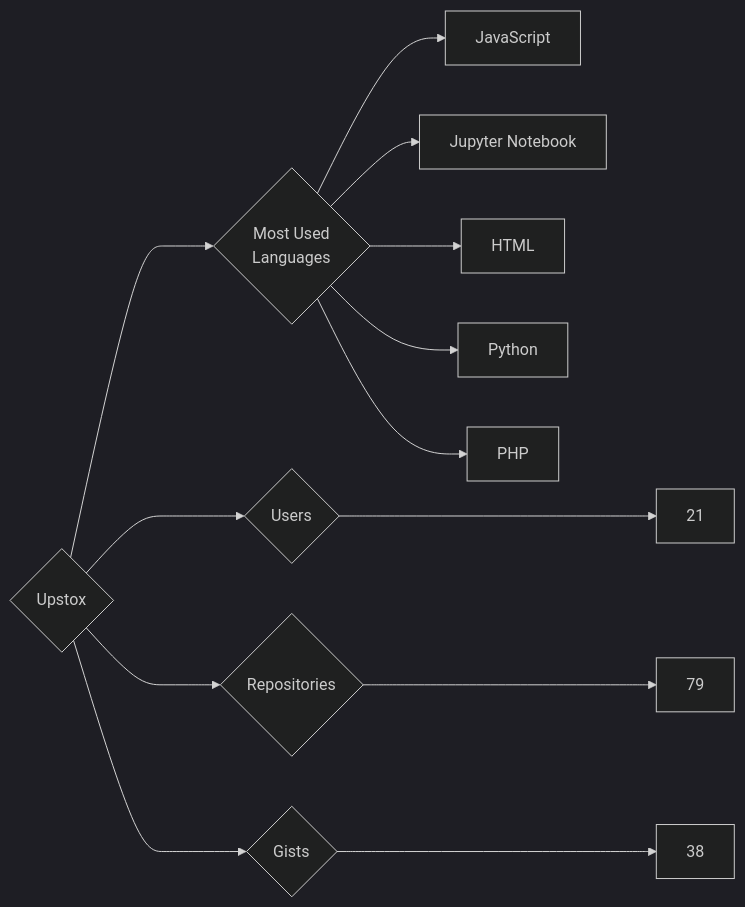
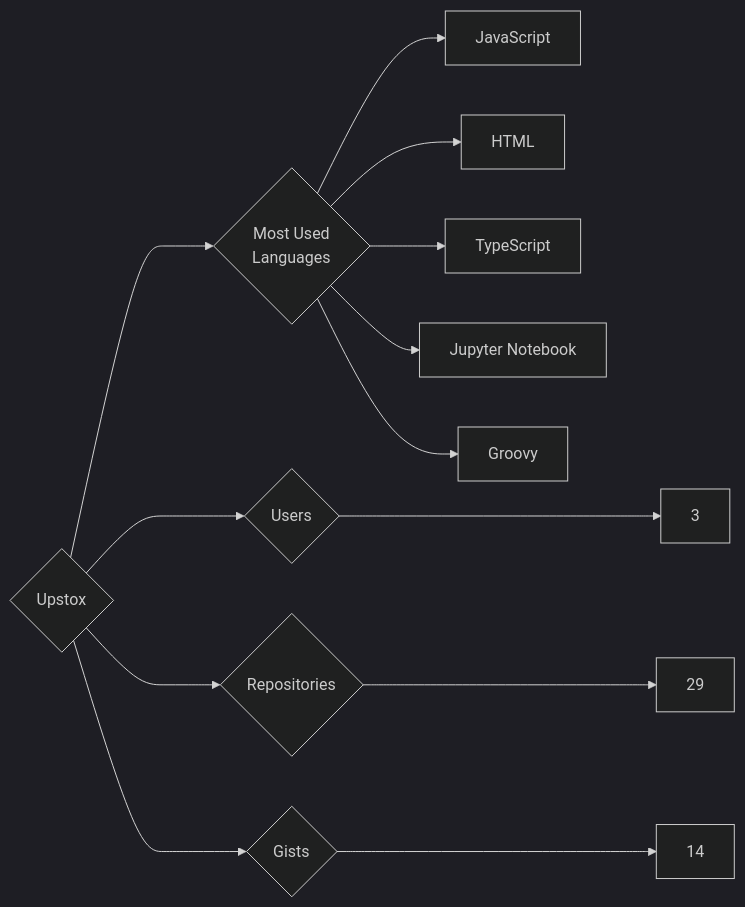
The diagram in targets/Upstox/README.md (trickest/insiders), drawn with Mermaid (dark theme) before and after one commit. The commit also changed 895 other files, not shown here.

````diff
--- a/targets/Upstox/README.md
+++ b/targets/Upstox/README.md
@@ -3,13 +3,13 @@
 ```mermaid
 graph LR
 COMPANY_NAME{Upstox}
-COMPANY_NAME ---> U{Users} ---> UN[21]
-COMPANY_NAME ---> R{Repositories} ---> RN[79]
-COMPANY_NAME ---> G{Gists} ---> GN[38]
+COMPANY_NAME ---> U{Users} ---> UN[3]
+COMPANY_NAME ---> R{Repositories} ---> RN[29]
+COMPANY_NAME ---> G{Gists} ---> GN[14]
 COMPANY_NAME ---> ML{Most Used<br>Languages}
 ML --> JavaScript[JavaScript]
+ML --> HTML[HTML]
+ML --> TypeScript[TypeScript]
 ML --> Jupyter_Notebook[Jupyter Notebook]
-ML --> HTML[HTML]
-ML --> Python[Python]
-ML --> PHP[PHP]
+ML --> Groovy[Groovy]
 ```
````
